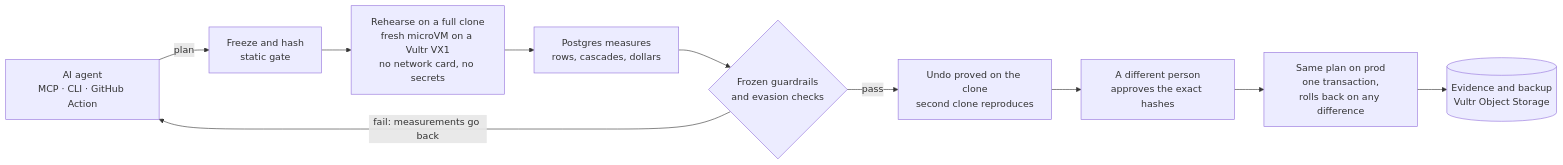
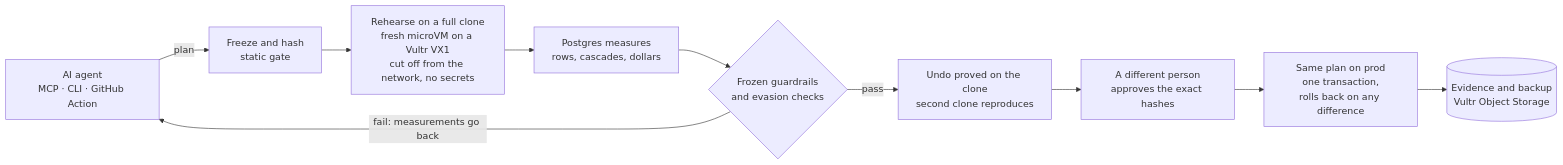
Before and after one commit to Prashant-thakur77/Shadow-Run: the diagram in README.md, drawn with Mermaid. The commit also changed other lines of this file and 10 other files, not shown here.

````diff
--- a/README.md
+++ b/README.md
@@ -87,12 +87,12 @@
 ```mermaid
 flowchart LR
     A["AI agent<br/>MCP · CLI · GitHub Action"] -->|"plan"| F["Freeze and hash<br/>static gate"]
-    F --> R["Rehearse on a full clone<br/>fresh microVM on a Vultr VX1<br/>no network card, no secrets"]
+    F --> R["Rehearse on a full clone<br/>fresh microVM on a Vultr VX1<br/>cut off from the network, no secrets"]
     R --> M["Postgres measures<br/>rows, cascades, dollars"]
     M --> G{"Frozen guardrails<br/>and evasion checks"}
     G -->|"fail: measurements go back"| A
     G -->|"pass"| U["Undo proved on the clone<br/>second clone reproduces"]
     U --> P["A different person<br/>approves the exact hashes"]
     P --> X["Same plan on prod<br/>one transaction,<br/>rolls back on any difference"]
     X --> E[("Evidence and backup<br/>Vultr Object Storage")]
 ```
````
